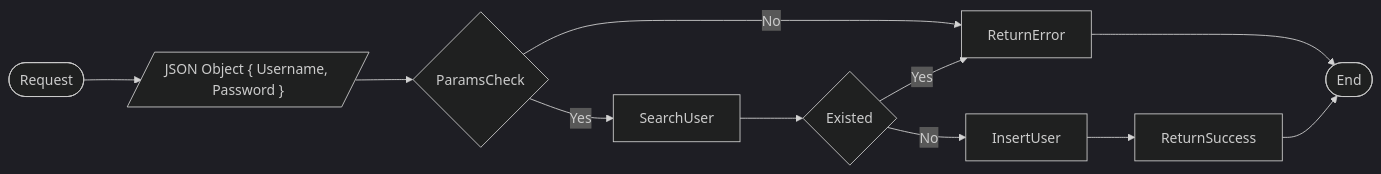
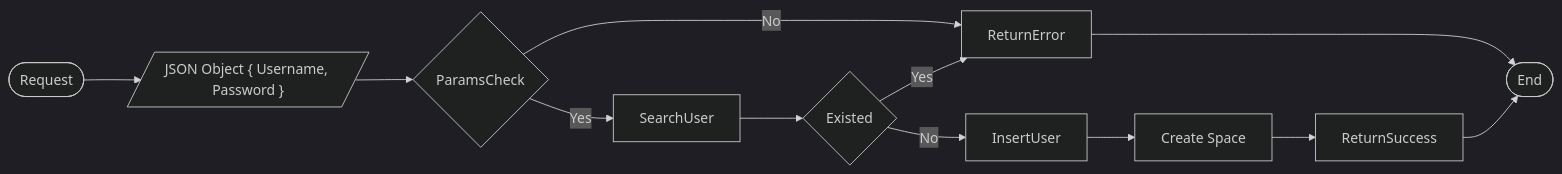
Before and after one commit to XIA1900/SE: the first of 10 diagrams in GFBackend/flowcharts/UserManage.md, drawn with Mermaid (dark theme). The commit also changed other lines of this file and 9 other files, not shown here.

````diff
--- a/GFBackend/flowcharts/UserManage.md
+++ b/GFBackend/flowcharts/UserManage.md
@@ -3,8 +3,8 @@
 ```mermaid
 flowchart LR
 	Start([Request]) --> UserInfo[/"JSON Object { Username, Password }"/] --> ParamsCheck{ParamsCheck}
 	ParamsCheck --> |No| ReturnError[ReturnError] --> End([End])
 	ParamsCheck --> |Yes| SearchUser[SearchUser] --> Existed{Existed}
 	Existed --> |Yes| ReturnError
-	Existed --> |No| InsertUser[InsertUser] --> ReturnSuccess[ReturnSuccess] --> End
+	Existed --> |No| InsertUser[InsertUser] --> CreateSpace[Create Space] --> ReturnSuccess[ReturnSuccess] --> End
 ```
````
